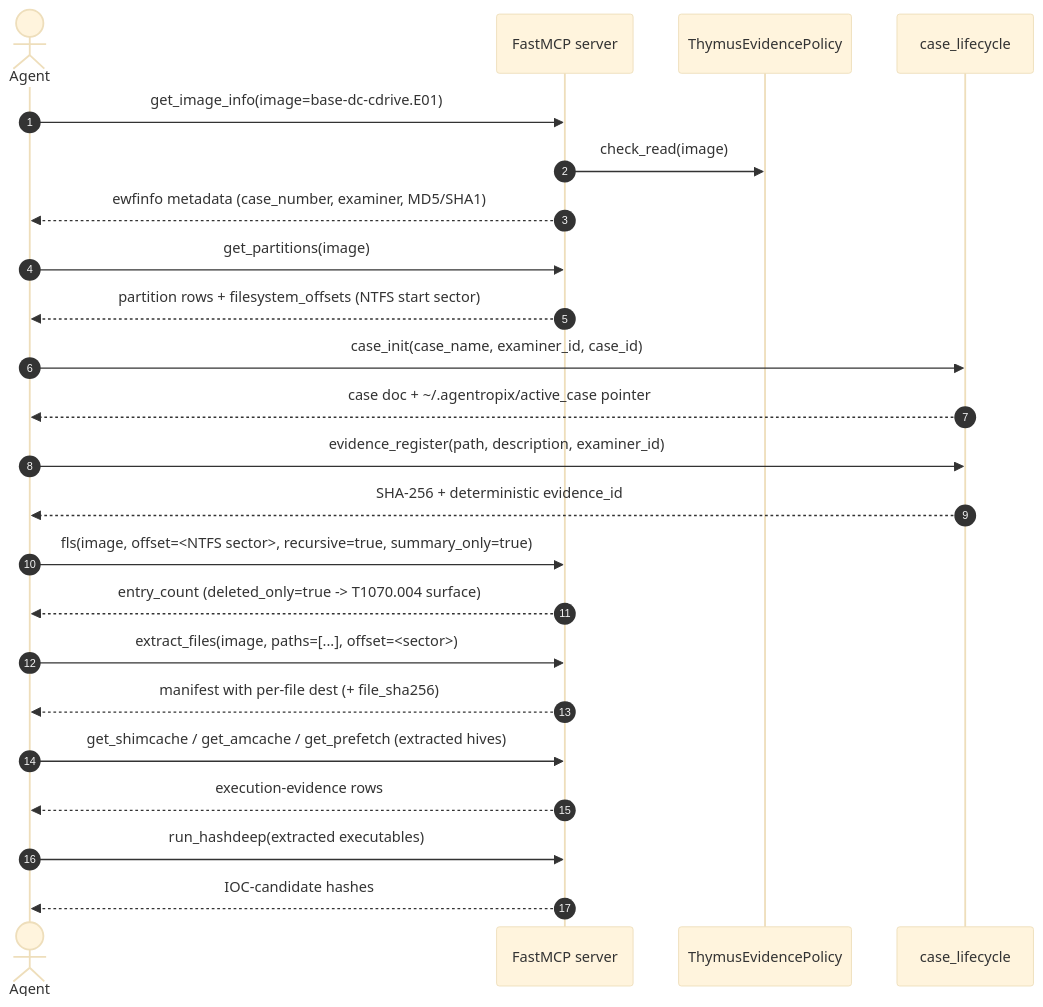
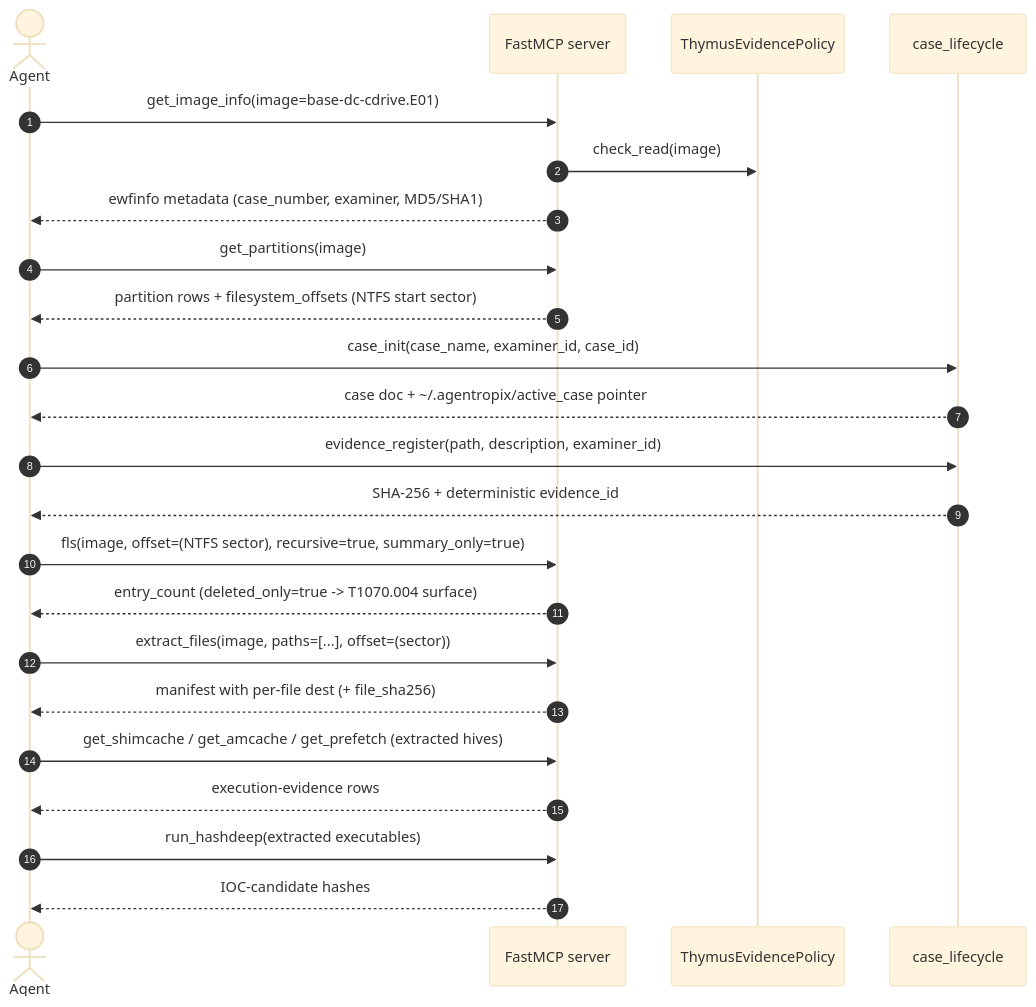
Before and after one commit to galvangabriel-web/agentropix-mcp: the third of 3 diagrams in docs/06-use-cases/uc-disk-triage.md, drawn with Mermaid (base theme). The commit also changed other lines of this file and 103 other files, not shown here.

````diff
--- a/docs/06-use-cases/uc-disk-triage.md
+++ b/docs/06-use-cases/uc-disk-triage.md
@@ -211,26 +211,26 @@
 ```mermaid
 sequenceDiagram
     autonumber
     actor Agent
     participant MCP as FastMCP server
     participant Thymus as ThymusEvidencePolicy
     participant Case as case_lifecycle
 
     Agent->>MCP: get_image_info(image=base-dc-cdrive.E01)
     MCP->>Thymus: check_read(image)
     MCP-->>Agent: ewfinfo metadata (case_number, examiner, MD5/SHA1)
     Agent->>MCP: get_partitions(image)
     MCP-->>Agent: partition rows + filesystem_offsets (NTFS start sector)
     Agent->>Case: case_init(case_name, examiner_id, case_id)
     Case-->>Agent: case doc + ~/.agentropix/active_case pointer
     Agent->>Case: evidence_register(path, description, examiner_id)
     Case-->>Agent: SHA-256 + deterministic evidence_id
-    Agent->>MCP: fls(image, offset=<NTFS sector>, recursive=true, summary_only=true)
+    Agent->>MCP: fls(image, offset=(NTFS sector), recursive=true, summary_only=true)
     MCP-->>Agent: entry_count (deleted_only=true -> T1070.004 surface)
-    Agent->>MCP: extract_files(image, paths=[...], offset=<sector>)
+    Agent->>MCP: extract_files(image, paths=[...], offset=(sector))
     MCP-->>Agent: manifest with per-file dest (+ file_sha256)
     Agent->>MCP: get_shimcache / get_amcache / get_prefetch (extracted hives)
     MCP-->>Agent: execution-evidence rows
     Agent->>MCP: run_hashdeep(extracted executables)
     MCP-->>Agent: IOC-candidate hashes
 ```
````
